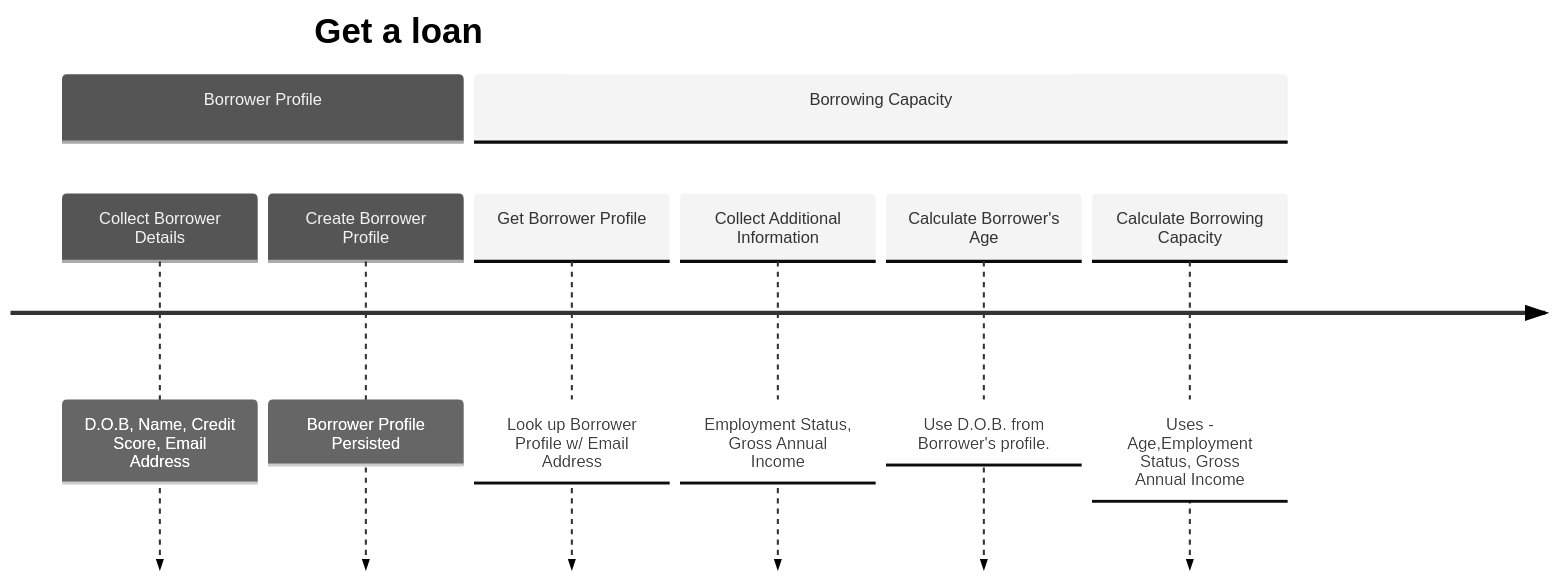
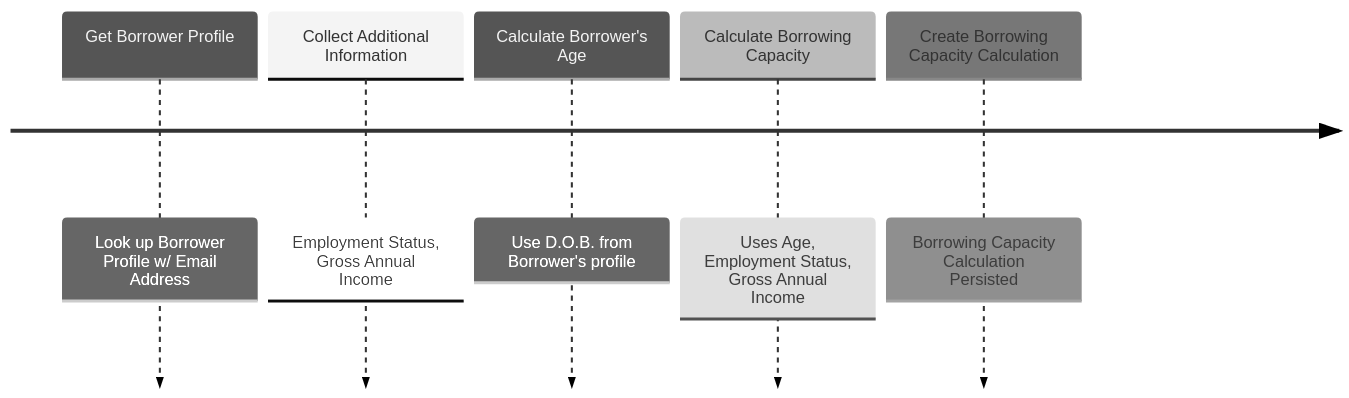
One commit to BenBowers/hexyback-workshop changed the second of 2 diagrams in docs/docs/stories.mdx. Above: the diagram before and after it, drawn with Mermaid (neutral theme). The commit also changed other lines of this file and 15 other files, not shown here.

Commit message:
Improve ports & adapters overview; Fix unstable timeline diagrams

````diff
--- a/docs/docs/stories.mdx
+++ b/docs/docs/stories.mdx
@@ -9,12 +18,8 @@
 ```mermaid
 timeline
-    title Get a loan
-    section Borrower Profile
-        Collect Borrower Details : D.O.B, Name, Credit Score, Email Address
-        Create Borrower Profile : Borrower Profile Persisted
-    section Borrowing Capacity
-        Get Borrower Profile : Look up Borrower Profile w/ Email Address
-        Collect Additional Information: Employment Status, Gross Annual Income   
-        Calculate Borrower's Age: Use D.O.B. from Borrower's profile.
-        Calculate Borrowing Capacity: Uses - Age,Employment Status, Gross Annual Income
+  Get Borrower Profile: Look up Borrower Profile w/ Email Address
+  Collect Additional Information: Employment Status, Gross Annual Income   
+  Calculate Borrower's Age: Use D.O.B. from Borrower's profile
+  Calculate Borrowing Capacity: Uses Age, Employment Status, Gross Annual Income
+  Create Borrowing Capacity Calculation: Borrowing Capacity Calculation Persisted
 ```
````
